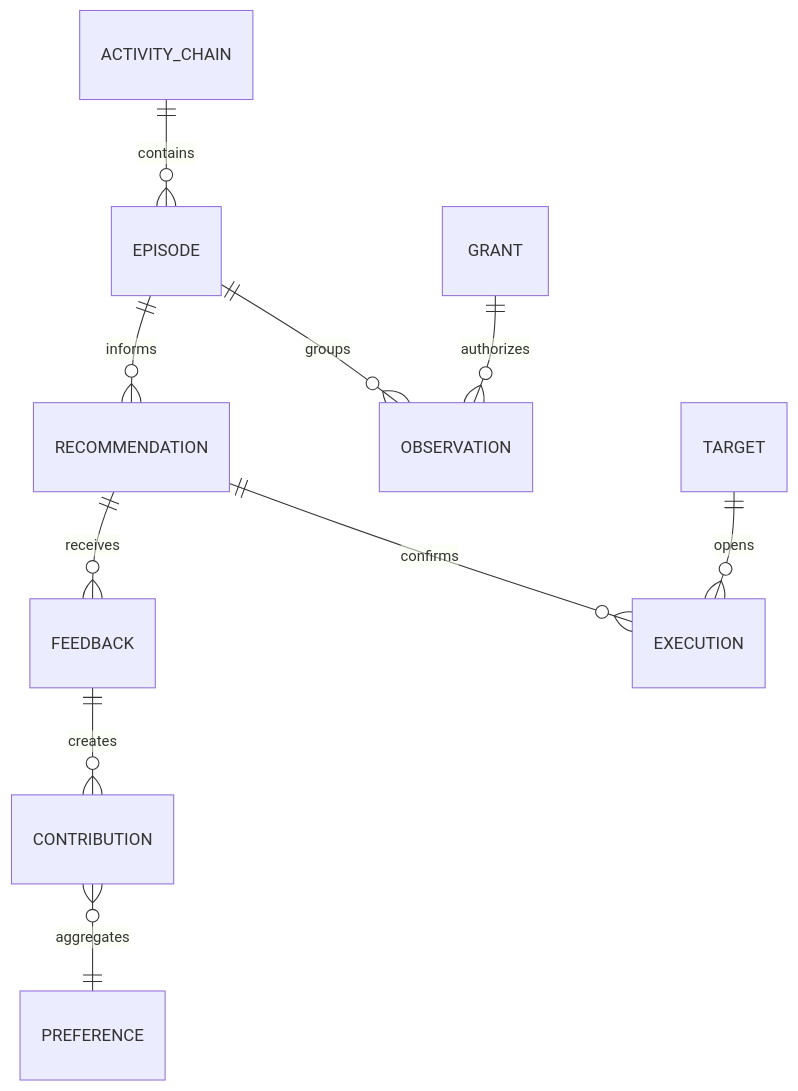
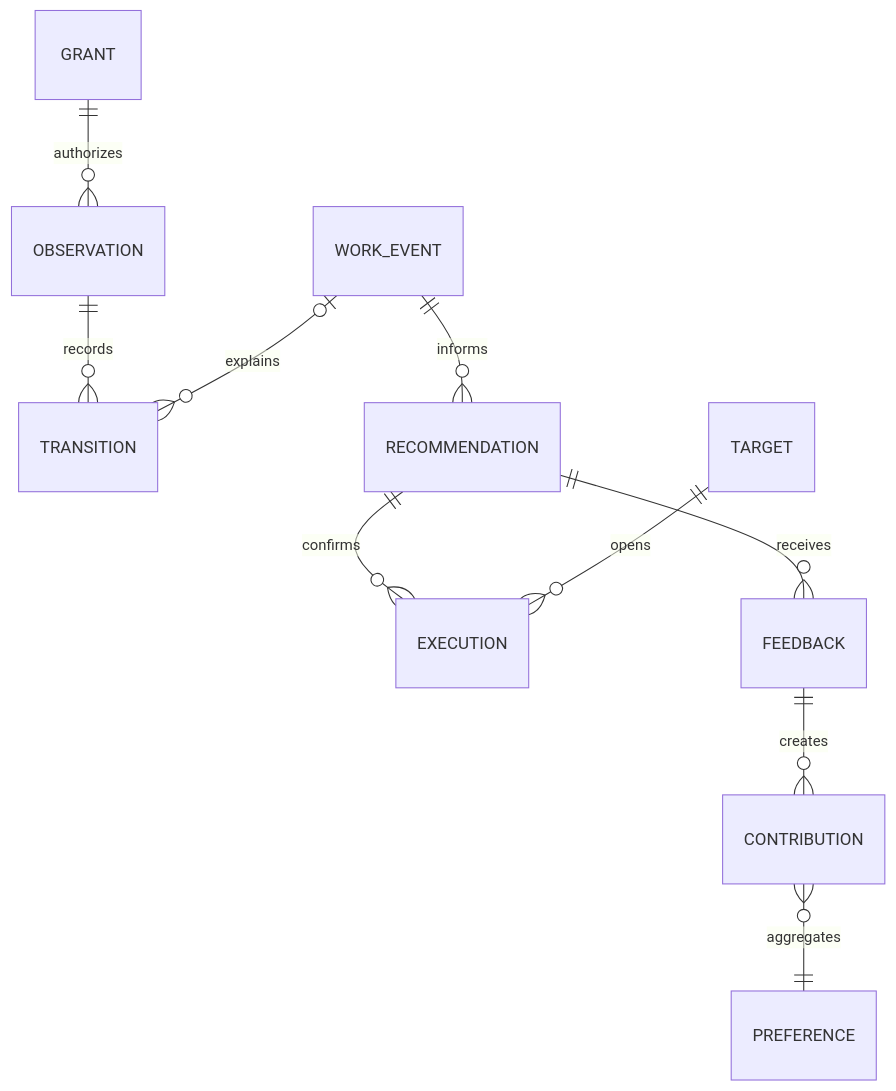
Before and after one commit to bread-ovO/bugu-notes: the fifth of 5 diagrams in docs/product/BUGU_猜你想做_完整实现方案.md, drawn with Mermaid. The commit also changed other lines of this file, not shown here.

Commit message:
docs: learn event-driven tool choices instead of time windows

````diff
--- a/docs/product/BUGU_猜你想做_完整实现方案.md
+++ b/docs/product/BUGU_猜你想做_完整实现方案.md
@@ -475,12 +495,12 @@
 ```mermaid
 erDiagram
-  ACTIVITY_CHAIN ||--o{ EPISODE : contains
   GRANT ||--o{ OBSERVATION : authorizes
-  EPISODE ||--o{ OBSERVATION : groups
-  EPISODE ||--o{ RECOMMENDATION : informs
+  OBSERVATION ||--o{ TRANSITION : records
+  WORK_EVENT |o--o{ TRANSITION : explains
+  WORK_EVENT ||--o{ RECOMMENDATION : informs
   RECOMMENDATION ||--o{ EXECUTION : confirms
   TARGET ||--o{ EXECUTION : opens
   RECOMMENDATION ||--o{ FEEDBACK : receives
   FEEDBACK ||--o{ CONTRIBUTION : creates
   CONTRIBUTION }o--|| PREFERENCE : aggregates
 ```
````
